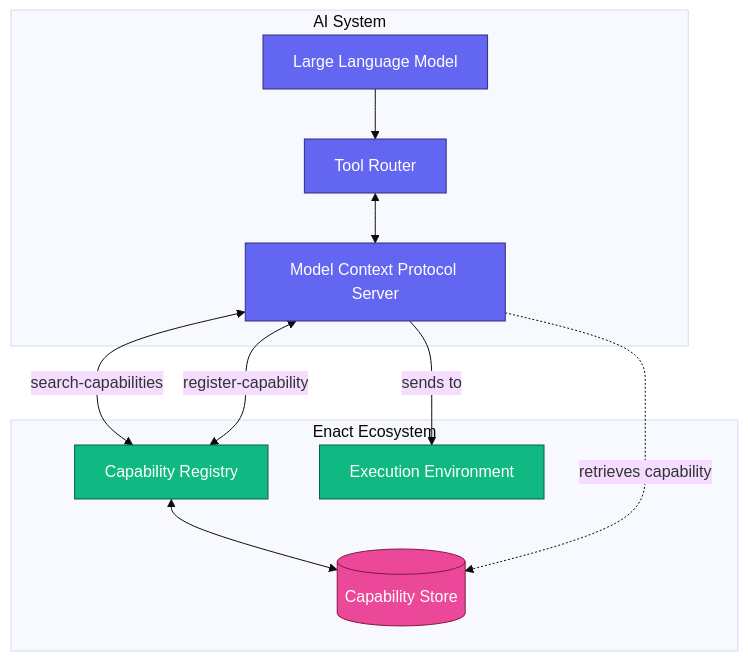
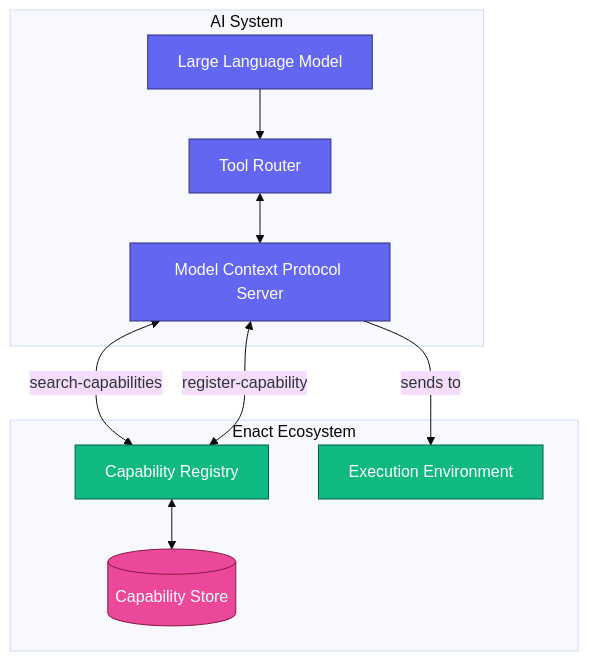
The first of 2 diagrams in README.md (EnactProtocol/encat-spec-and-tools), drawn with Mermaid (base theme) before and after one commit.

Commit message:
remove arrow

````diff
--- a/README.md
+++ b/README.md
@@ -29,34 +29,33 @@
 ```mermaid
 flowchart TB
     subgraph "AI System"
         LLM[Large Language Model]
         ToolRouter[Tool Router]
         MCPServer[Model Context Protocol Server]
     end
     
     subgraph "Enact Ecosystem"
         Registry[Capability Registry]
         ExecEnv[Execution Environment]
         CapabilityStore[(Capability Store)]
     end
     
     LLM --> ToolRouter
     ToolRouter <--> MCPServer
     MCPServer <-->|search-capabilities| Registry
     MCPServer <-->|register-capability| Registry
     
     Registry <--> CapabilityStore
     
-    MCPServer -.->|retrieves capability| CapabilityStore
     MCPServer -->|sends to| ExecEnv
     
     classDef ai fill:#6366F1,stroke:#312E81,stroke-width:1px,color:white
     classDef enact fill:#10B981,stroke:#065F46,stroke-width:1px,color:white
     classDef external fill:#F59E0B,stroke:#92400E,stroke-width:1px,color:white
     classDef data fill:#EC4899,stroke:#831843,stroke-width:1px,color:white
     
     class LLM,ToolRouter,MCPServer ai
     class Registry,Capabilities,ExecEnv enact
     class APIs,Services,Data external
     class CapabilityStore data
 ```
````
